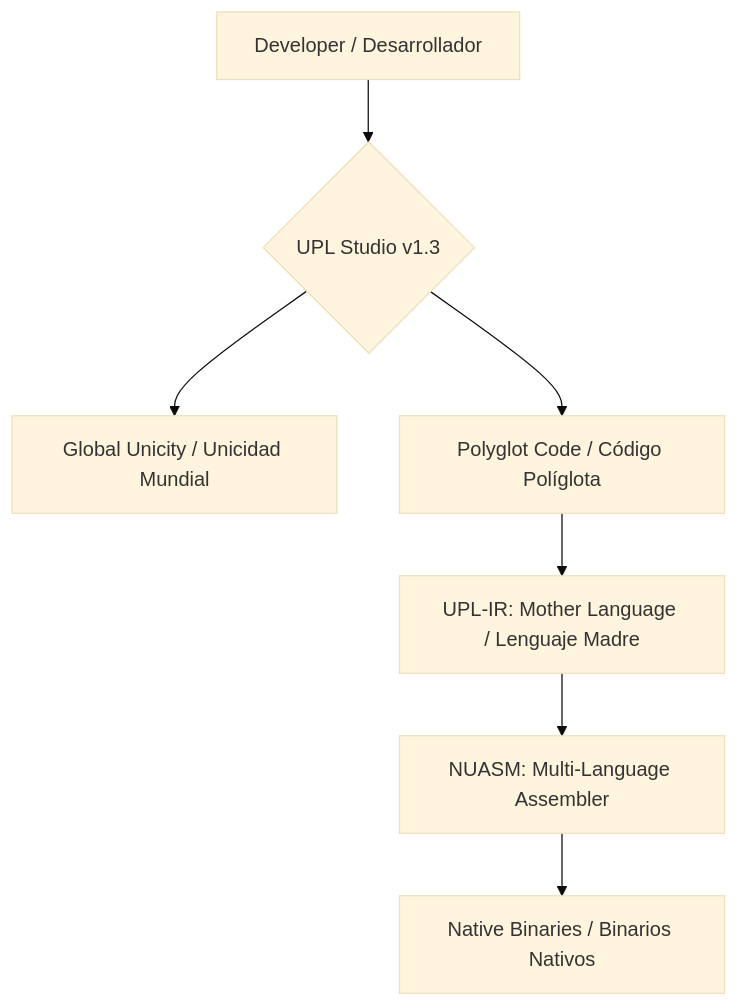
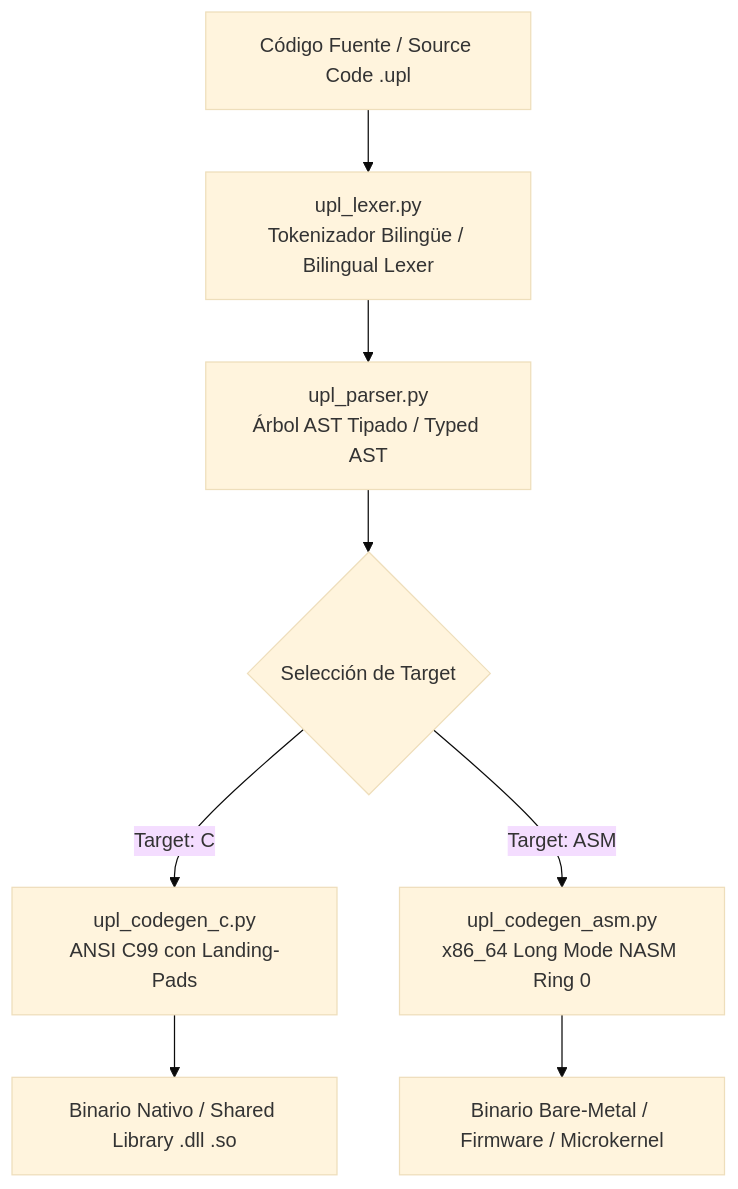
Before and after one commit to cyberenigma-lgtm/UNIVERSAL-POLYGLOT-LAYER-UPL: the diagram in README.md, drawn with Mermaid (base theme). The commit also changed other lines of this file and 144 other files, not shown here.

Commit message:
feat(upl): Upgrade UPL to Standalone Sovereign Systems Language & 57-Lang Compiler Toolchain

````diff
--- a/README.md
+++ b/README.md
@@ -38,9 +58,10 @@
 ```mermaid
 graph TD
-    A[Developer / Desarrollador] --> B{UPL Studio v1.3}
-    B --> C[Global Unicity / Unicidad Mundial]
-    B --> D[Polyglot Code / Código Políglota]
-    D --> E[UPL-IR: Mother Language / Lenguaje Madre]
-    E --> F[NUASM: Multi-Language Assembler]
-    F --> G[Native Binaries / Binarios Nativos]
+    A[Código Fuente / Source Code .upl] --> B[upl_lexer.py\nTokenizador Bilingüe / Bilingual Lexer]
+    B --> C[upl_parser.py\nÁrbol AST Tipado / Typed AST]
+    C --> D{Selección de Target}
+    D -->|Target: C| E[upl_codegen_c.py\nANSI C99 con Landing-Pads]
+    D -->|Target: ASM| F[upl_codegen_asm.py\nx86_64 Long Mode NASM Ring 0]
+    E --> G[Binario Nativo / Shared Library .dll .so]
+    F --> H[Binario Bare-Metal / Firmware / Microkernel]
 ```
````
